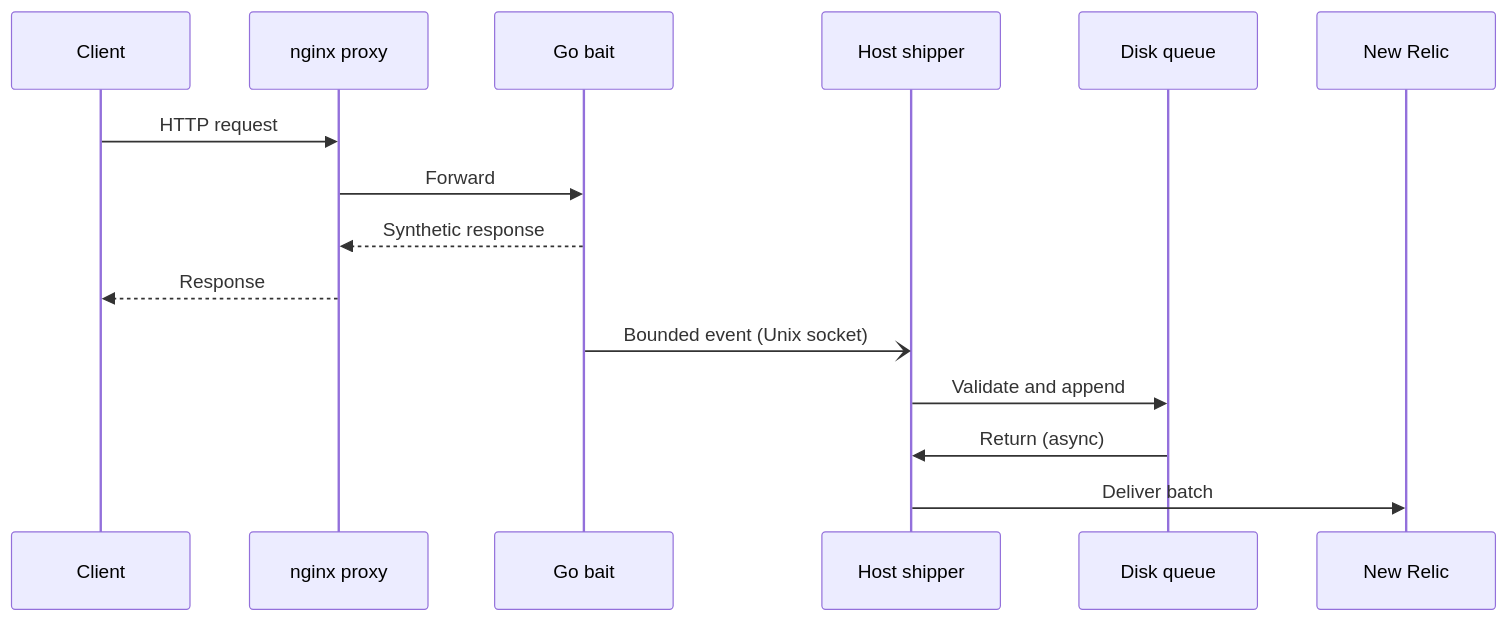
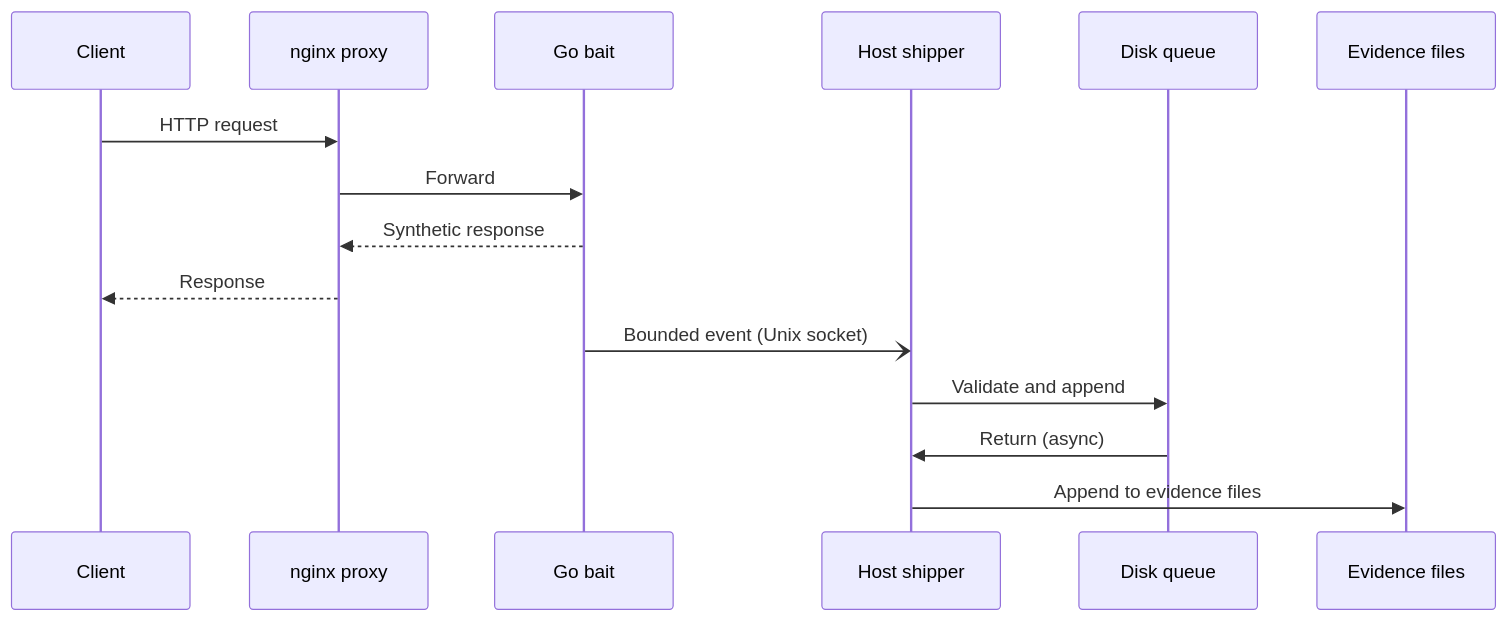
Before and after one commit to caretak3r/attack-box: the second of 2 diagrams in site/content/architecture.mdx, drawn with Mermaid. The commit also changed other lines of this file and 18 other files, not shown here.

First line of the commit message:
docs: describe the host evidence store, console and pull instead of New Relic

````diff
--- a/site/content/architecture.mdx
+++ b/site/content/architecture.mdx
@@ -32,20 +32,20 @@
 ```mermaid
 sequenceDiagram
     accTitle: Response and telemetry are independent
     accDescr: The client receives a response. The bait submits a bounded event to the shipper without blocking on disk acknowledgement.
     participant Client
     participant Proxy as nginx proxy
     participant Bait as Go bait
     participant Shipper as Host shipper
     participant Queue as Disk queue
-    participant NR as New Relic
+    participant Evidence as Evidence files
 
     Client->>Proxy: HTTP request
     Proxy->>Bait: Forward
     Bait-->>Proxy: Synthetic response
     Proxy-->>Client: Response
     Bait-)Shipper: Bounded event (Unix socket)
     Shipper->>Queue: Validate and append
     Queue->>Shipper: Return (async)
-    Shipper->>NR: Deliver batch
+    Shipper->>Evidence: Append to evidence files
 ```
````
